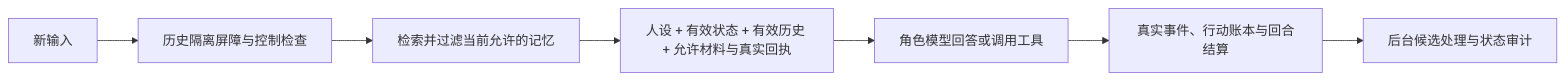
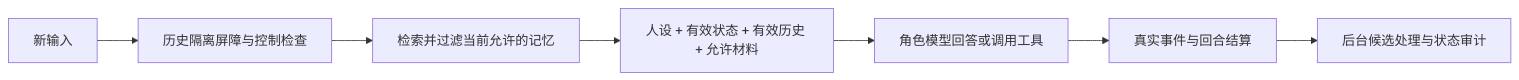
Before and after one commit to LyCecilion/lepimemory: the second of 2 diagrams in docs/MECHANISM.md, drawn with Mermaid. The commit also changed other lines of this file and 4 other files, not shown here.

````diff
--- a/docs/MECHANISM.md
+++ b/docs/MECHANISM.md
@@ -164,9 +150,9 @@
 ```mermaid
 flowchart LR
     U[新输入] --> G[历史隔离屏障与控制检查]
     G --> M[检索并过滤当前允许的记忆]
-    M --> I[人设 + 有效状态 + 有效历史 + 允许材料与真实回执]
+    M --> I[人设 + 有效状态 + 有效历史 + 允许材料]
     I --> L[角色模型回答或调用工具]
-    L --> E[真实事件、行动账本与回合结算]
+    L --> E[真实事件与回合结算]
     E --> B[后台候选处理与状态审计]
 ```
````
